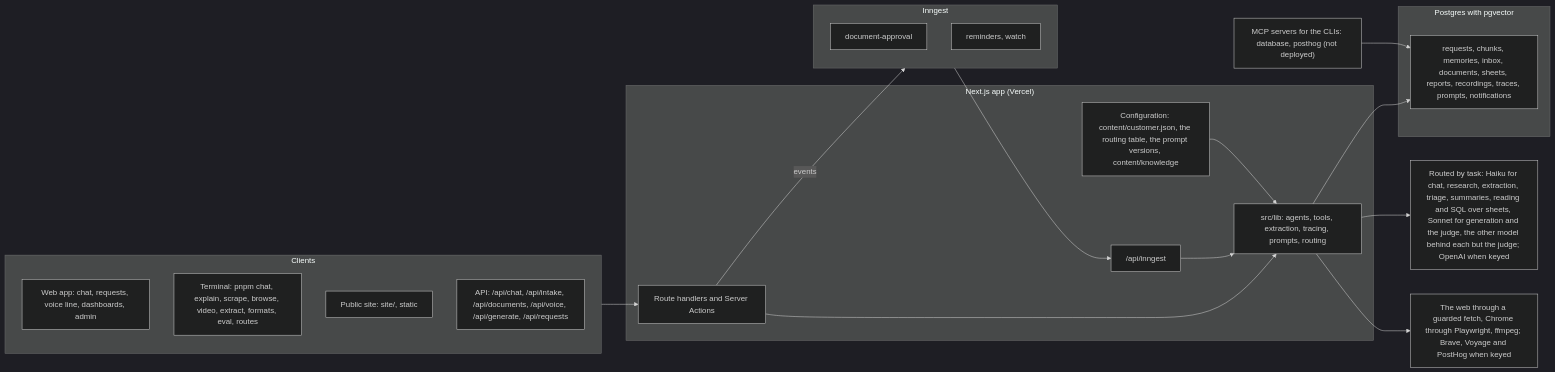
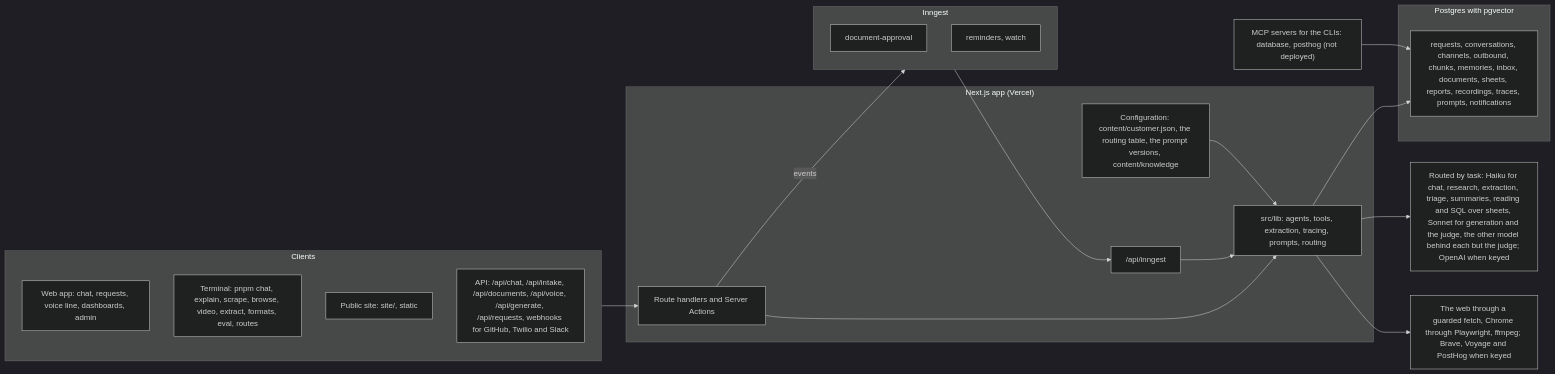
One commit to anusheel/workbot changed the diagram in docs/architecture.md. Above: the diagram before and after it, drawn with Mermaid (dark theme). The commit also changed other lines of this file and 6 other files, not shown here.

Commit message:
Channels written up: the adapters, one store, linking by code, Twilio and Slack, what went live and what needs an account, D21 (WB-59)

````diff
--- a/docs/architecture.md
+++ b/docs/architecture.md
@@ -7,31 +7,31 @@
 ```mermaid
 flowchart LR
   subgraph clients [Clients]
     web["Web app: chat, requests, voice line, dashboards, admin"]
     cli["Terminal: pnpm chat, explain, scrape, browse, video, extract, formats, eval, routes"]
     site["Public site: site/, static"]
-    api["API: /api/chat, /api/intake, /api/documents, /api/voice, /api/generate, /api/requests"]
+    api["API: /api/chat, /api/intake, /api/documents, /api/voice, /api/generate, /api/requests, webhooks for GitHub, Twilio and Slack"]
   end
   subgraph app ["Next.js app (Vercel)"]
     routes["Route handlers and Server Actions"]
     lib["src/lib: agents, tools, extraction, tracing, prompts, routing"]
     serve["/api/inngest"]
     config["Configuration: content/customer.json, the routing table, the prompt versions, content/knowledge"]
   end
   mcp["MCP servers for the CLIs: database, posthog (not deployed)"]
   subgraph engine ["Inngest"]
     approval["document-approval"]
     crons["reminders, watch"]
   end
   subgraph data ["Postgres with pgvector"]
-    tables["requests, chunks, memories, inbox, documents, sheets, reports, recordings, traces, prompts, notifications"]
+    tables["requests, conversations, channels, outbound, chunks, memories, inbox, documents, sheets, reports, recordings, traces, prompts, notifications"]
   end
   models["Routed by task: Haiku for chat, research, extraction, triage, summaries, reading and SQL over sheets, Sonnet for generation and the judge, the other model behind each but the judge; OpenAI when keyed"]
   outside["The web through a guarded fetch, Chrome through Playwright, ffmpeg; Brave, Voyage and PostHog when keyed"]
   clients --> routes --> lib --> models
   lib --> tables
   routes -- events --> engine --> serve --> lib
   lib --> outside
   config --> lib
   mcp --> tables
 ```
````
